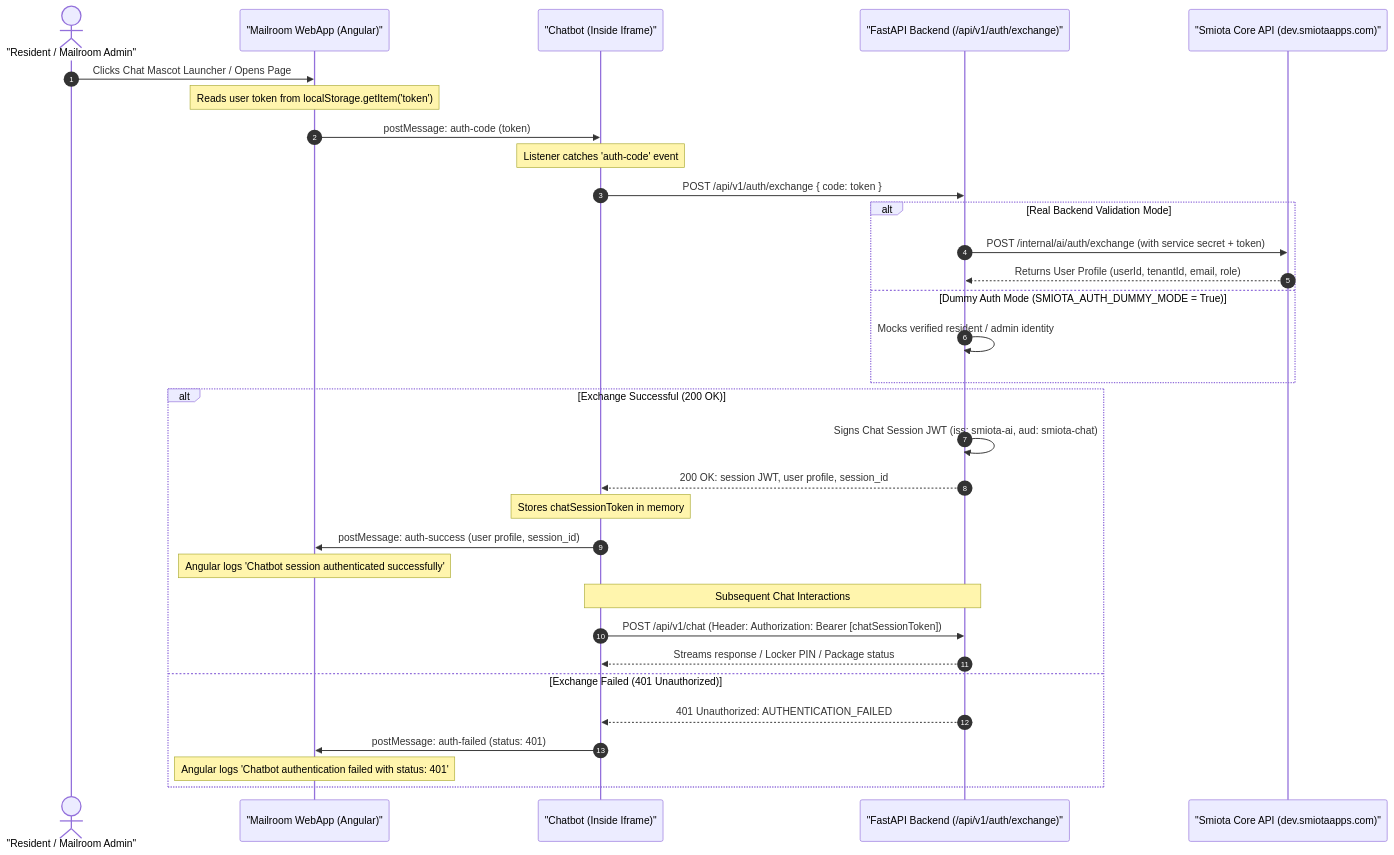
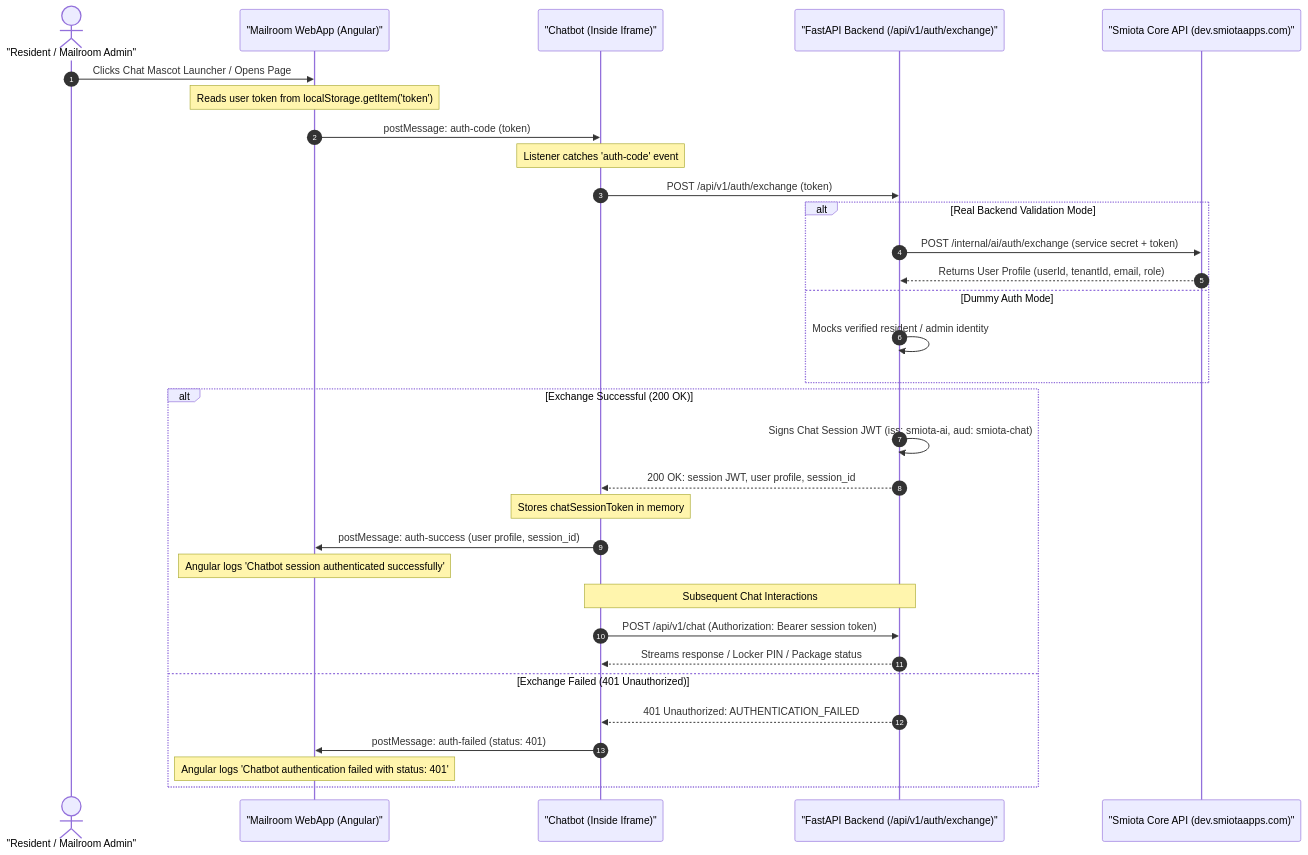
One commit to uzair2299/AI-Automation changed the diagram in src/smiota/docs/Cross-Origin Iframe Chatbot Authentication Architecture.md. Above: the diagram before and after it, drawn with Mermaid. The commit also changed other lines of this file and 1 other file, not shown here.

Commit message:
docs: add standalone SVG sequence diagram and install markdown-mermaid extension

````diff
--- a/src/smiota/docs/Cross-Origin Iframe Chatbot Authentication Architecture.md
+++ b/src/smiota/docs/Cross-Origin Iframe Chatbot Authentication Architecture.md
@@ -24,40 +29,40 @@
 ```mermaid
 sequenceDiagram
     autonumber
     actor User as "Resident / Mailroom Admin"
     participant Host as "Mailroom WebApp (Angular)"
     participant Iframe as "Chatbot (Inside Iframe)"
     participant API as "FastAPI Backend (/api/v1/auth/exchange)"
     participant Smiota as "Smiota Core API (dev.smiotaapps.com)"
 
     User->>Host: Clicks Chat Mascot Launcher / Opens Page
     Note over Host: Reads user token from localStorage.getItem('token')
     
     Host->>Iframe: postMessage: auth-code (token)
     
     Note over Iframe: Listener catches 'auth-code' event
-    Iframe->>API: POST /api/v1/auth/exchange { code: token }
+    Iframe->>API: POST /api/v1/auth/exchange (token)
     
     alt Real Backend Validation Mode
-        API->>Smiota: POST /internal/ai/auth/exchange (with service secret + token)
+        API->>Smiota: POST /internal/ai/auth/exchange (service secret + token)
         Smiota-->>API: Returns User Profile (userId, tenantId, email, role)
-    else Dummy Auth Mode (SMIOTA_AUTH_DUMMY_MODE = True)
+    else Dummy Auth Mode
         API->>API: Mocks verified resident / admin identity
     end
 
     alt Exchange Successful (200 OK)
         API->>API: Signs Chat Session JWT (iss: smiota-ai, aud: smiota-chat)
         API-->>Iframe: 200 OK: session JWT, user profile, session_id
         Note over Iframe: Stores chatSessionToken in memory
         Iframe->>Host: postMessage: auth-success (user profile, session_id)
         Note over Host: Angular logs 'Chatbot session authenticated successfully'
         
         Note over Iframe,API: Subsequent Chat Interactions
-        Iframe->>API: POST /api/v1/chat (Header: Authorization: Bearer [chatSessionToken])
+        Iframe->>API: POST /api/v1/chat (Authorization: Bearer session token)
         API-->>Iframe: Streams response / Locker PIN / Package status
     else Exchange Failed (401 Unauthorized)
         API-->>Iframe: 401 Unauthorized: AUTHENTICATION_FAILED
         Iframe->>Host: postMessage: auth-failed (status: 401)
         Note over Host: Angular logs 'Chatbot authentication failed with status: 401'
     end
 ```
````
